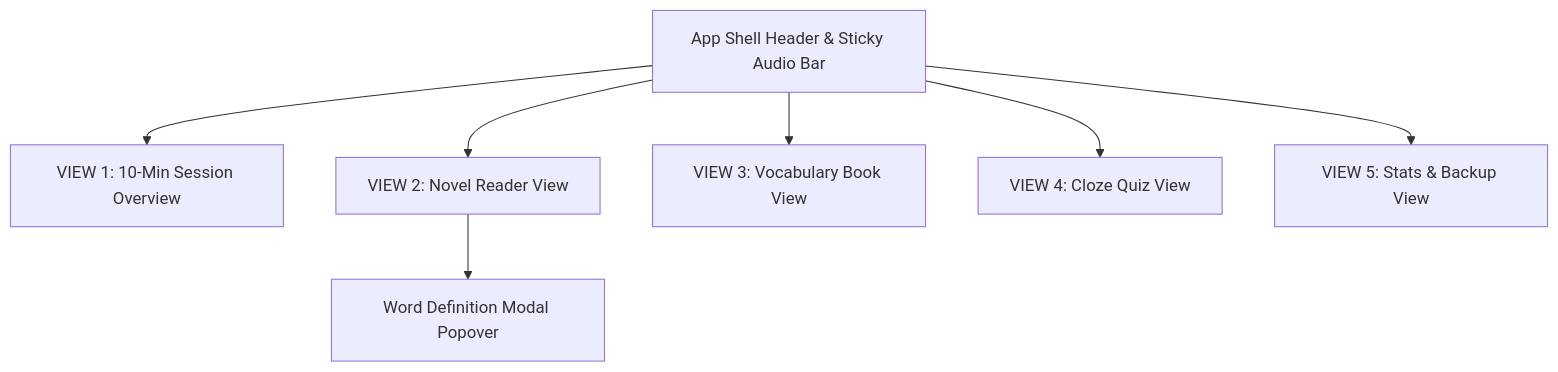
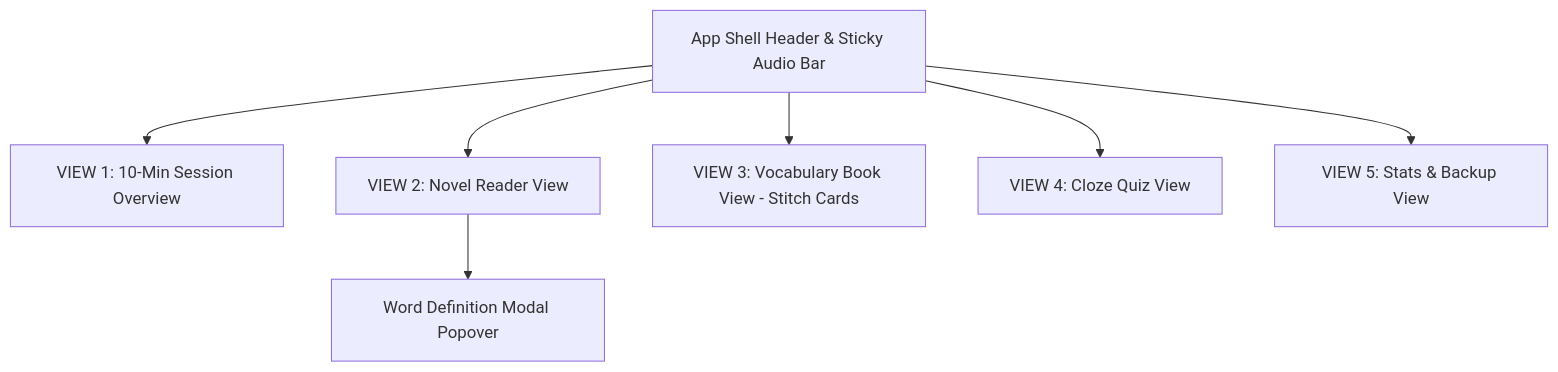
One commit to leesuna/07_Giver_Eng changed the diagram in DESIGN.md. Above: the diagram before and after it, drawn with Mermaid. The commit also changed other lines of this file and 4 other files, not shown here.

````diff
--- a/DESIGN.md
+++ b/DESIGN.md
@@ -107,11 +72,11 @@
 ```mermaid
 graph TD
     AppShell[App Shell Header & Sticky Audio Bar]
     AppShell --> View1[VIEW 1: 10-Min Session Overview]
     AppShell --> View2[VIEW 2: Novel Reader View]
-    AppShell --> View3[VIEW 3: Vocabulary Book View]
+    AppShell --> View3[VIEW 3: Vocabulary Book View - Stitch Cards]
     AppShell --> View4[VIEW 4: Cloze Quiz View]
     AppShell --> View5[VIEW 5: Stats & Backup View]
 
     View2 --> Modal[Word Definition Modal Popover]
 ```
````
